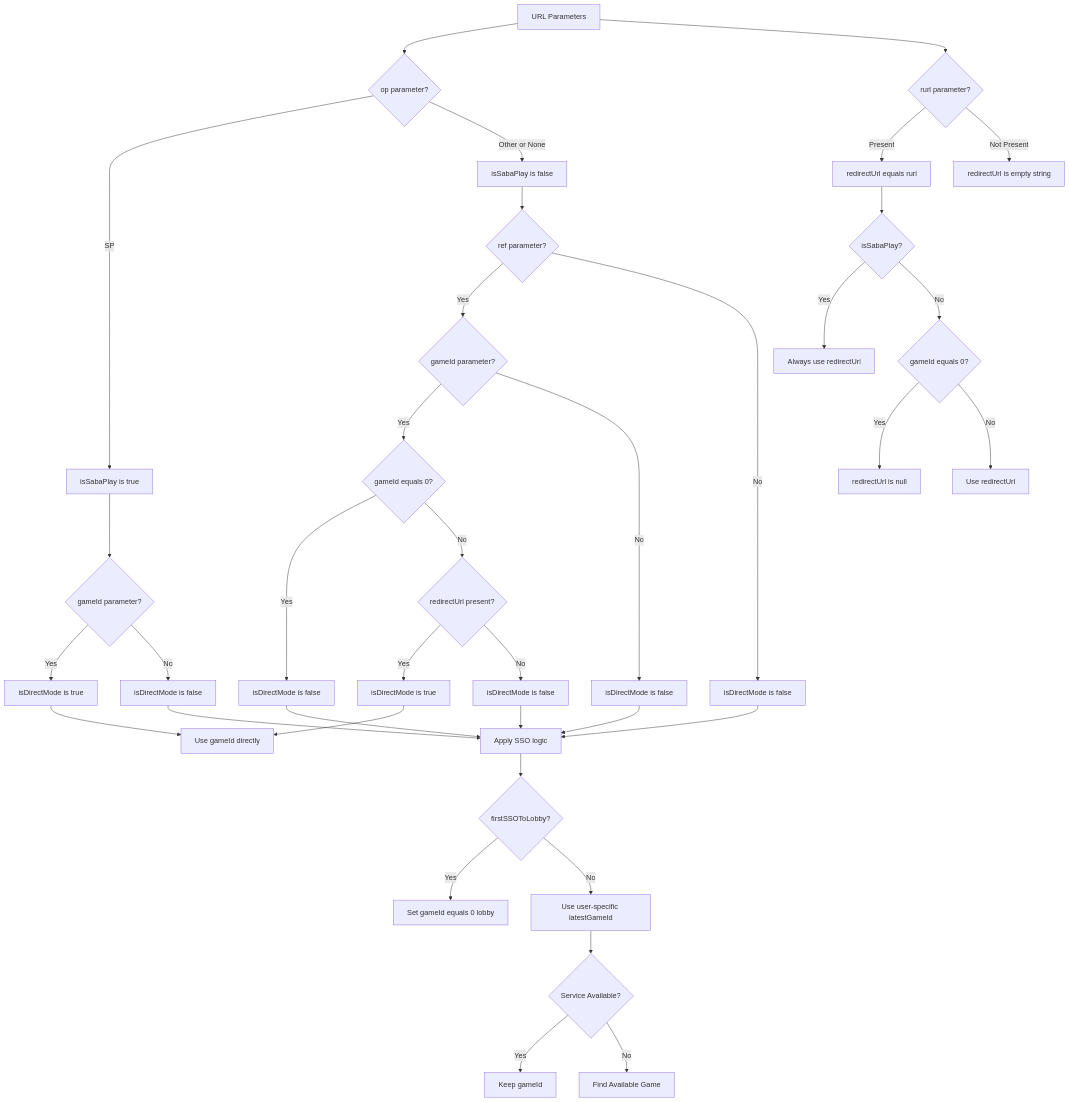
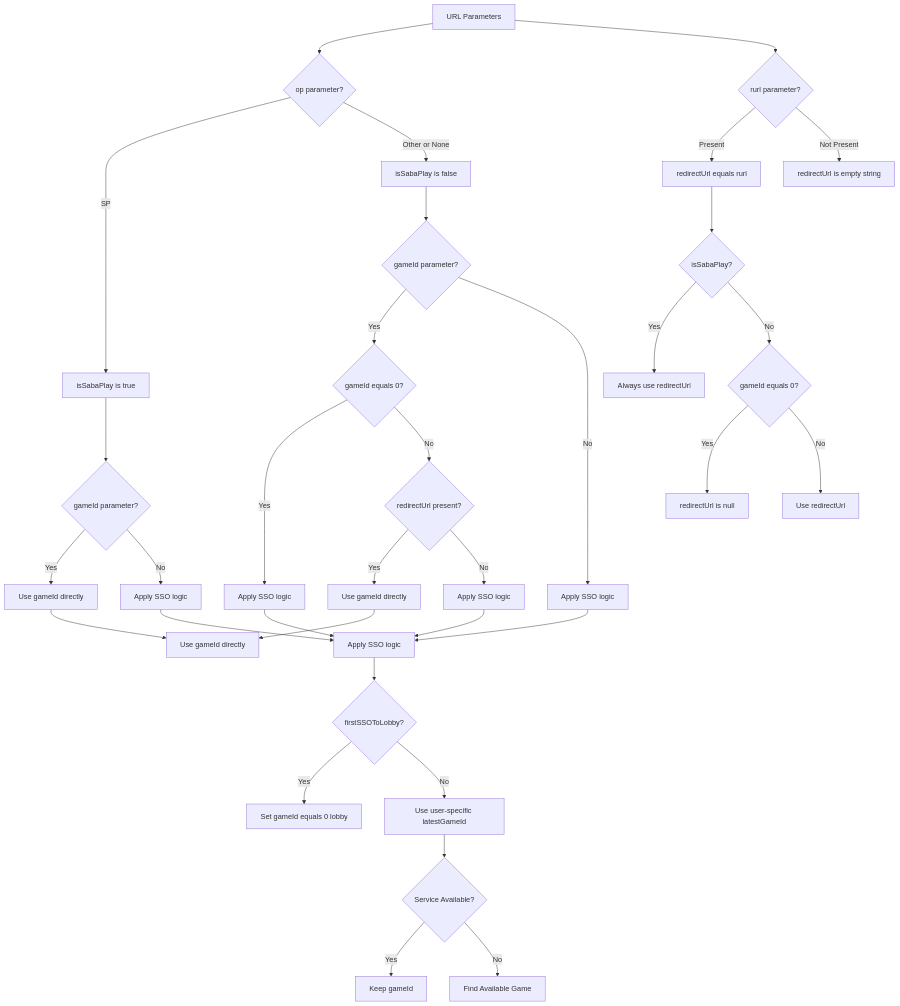
The second of 13 diagrams in docs/URL_Context_Flow_Diagrams.md (starixvn/l1_game-clients_original-games-client_original-games-client-html), drawn with Mermaid before and after one commit. The commit also changed other lines of this file and 32 other files, not shown here.

Commit message:
feat: now direct mode is the default mode so remove this term

````diff
--- a/docs/URL_Context_Flow_Diagrams.md
+++ b/docs/URL_Context_Flow_Diagrams.md
@@ -75,48 +74,44 @@
 ```mermaid
 flowchart TD
     A2[URL Parameters] --> B2{op parameter?}
     B2 -->|SP| C2[isSabaPlay is true]
     B2 -->|Other or None| D2[isSabaPlay is false]
 
     C2 --> E2{gameId parameter?}
-    E2 -->|Yes| F2[isDirectMode is true]
-    E2 -->|No| G2[isDirectMode is false]
+    E2 -->|Yes| F2[Use gameId directly]
+    E2 -->|No| G2[Apply SSO logic]
 
-    D2 --> H2{ref parameter?}
-    H2 -->|Yes| I2{gameId parameter?}
-    H2 -->|No| J2[isDirectMode is false]
+    D2 --> H2{gameId parameter?}
+    H2 -->|Yes| I2{gameId equals 0?}
+    H2 -->|No| J2[Apply SSO logic]
 
-    I2 -->|Yes| K2{gameId equals 0?}
-    I2 -->|No| L2[isDirectMode is false]
+    I2 -->|Yes| K2[Apply SSO logic]
+    I2 -->|No| L2{redirectUrl present?}
+    L2 -->|Yes| M2[Use gameId directly]
+    L2 -->|No| N2[Apply SSO logic]
 
-    K2 -->|Yes| M2[isDirectMode is false]
-    K2 -->|No| N2{redirectUrl present?}
-    N2 -->|Yes| O2[isDirectMode is true]
-    N2 -->|No| P2[isDirectMode is false]
+    F2 --> O2[Use gameId directly]
+    G2 --> P2[Apply SSO logic]
+    J2 --> P2
+    K2 --> P2
+    N2 --> P2
+    M2 --> O2
 
-    F2 --> Q2[Use gameId directly]
-    G2 --> R2[Apply SSO logic]
-    J2 --> R2
-    L2 --> R2
-    M2 --> R2
-    P2 --> R2
-    O2 --> Q2
+    P2 --> Q2{firstSSOToLobby?}
+    Q2 -->|Yes| R2[Set gameId equals 0 lobby]
+    Q2 -->|No| S2[Use user-specific latestGameId]
 
-    R2 --> S2{firstSSOToLobby?}
-    S2 -->|Yes| T2[Set gameId equals 0 lobby]
-    S2 -->|No| U2[Use user-specific latestGameId]
+    S2 --> T2{Service Available?}
+    T2 -->|Yes| U2[Keep gameId]
+    T2 -->|No| V2[Find Available Game]
 
-    U2 --> V2{Service Available?}
-    V2 -->|Yes| W2[Keep gameId]
-    V2 -->|No| X2[Find Available Game]
+    A2 --> W2{rurl parameter?}
+    W2 -->|Present| X2[redirectUrl equals rurl]
+    W2 -->|Not Present| Y2[redirectUrl is empty string]
 
-    A2 --> Y2{rurl parameter?}
-    Y2 -->|Present| Z2[redirectUrl equals rurl]
-    Y2 -->|Not Present| AA2[redirectUrl is empty string]
-
-    Z2 --> BB2{isSabaPlay?}
-    BB2 -->|Yes| CC2[Always use redirectUrl]
-    BB2 -->|No| DD2{gameId equals 0?}
-    DD2 -->|Yes| EE2[redirectUrl is null]
-    DD2 -->|No| FF2[Use redirectUrl]
+    X2 --> Z2{isSabaPlay?}
+    Z2 -->|Yes| AA2[Always use redirectUrl]
+    Z2 -->|No| BB2{gameId equals 0?}
+    BB2 -->|Yes| CC2[redirectUrl is null]
+    BB2 -->|No| DD2[Use redirectUrl]
 ```
````
